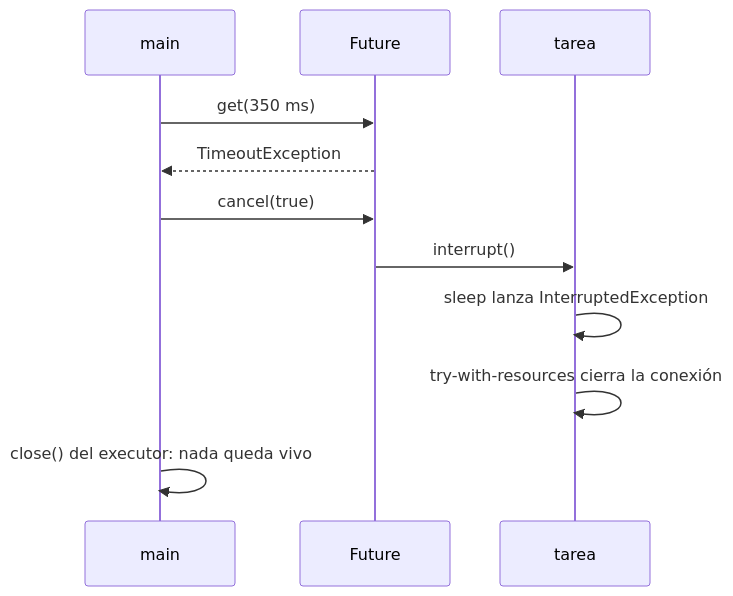
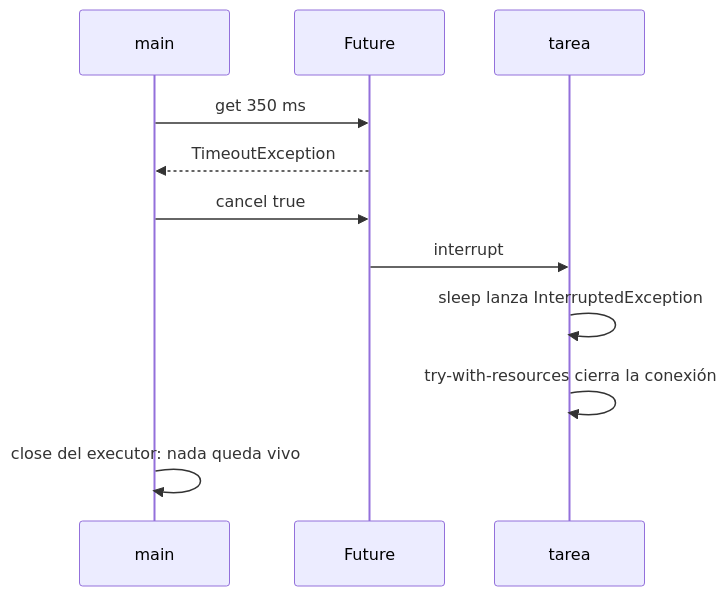
The seventh of 7 diagrams in web/public/content/java/modulo-5.md (NICORUIZ93/The_Imperial_Book), drawn with Mermaid before and after one commit. The commit also changed other lines of this file and 65 other files, not shown here.

````diff
--- a/web/public/content/java/modulo-5.md
+++ b/web/public/content/java/modulo-5.md
@@ -2182,13 +2914,13 @@
 ```mermaid
 sequenceDiagram
   participant M as main
   participant F as Future
   participant T as tarea
-  M->>F: get(350 ms)
+  M->>F: get 350 ms
   F-->>M: TimeoutException
-  M->>F: cancel(true)
-  F->>T: interrupt()
+  M->>F: cancel true
+  F->>T: interrupt
   T->>T: sleep lanza InterruptedException
   T->>T: try-with-resources cierra la conexión
-  M->>M: close() del executor: nada queda vivo
+  M->>M: close del executor: nada queda vivo
 ```
````
